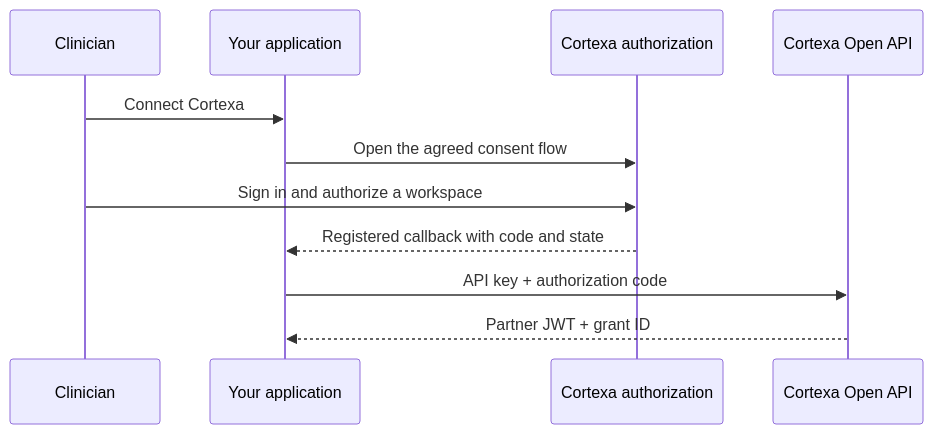
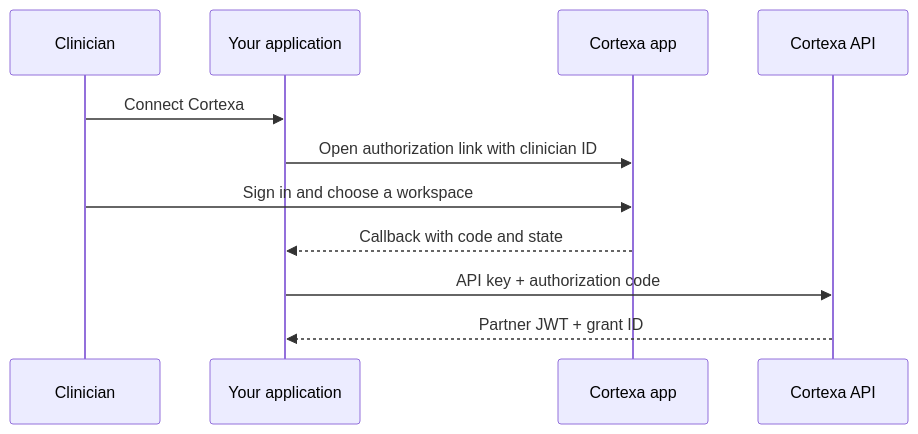
Before and after one commit to Cortexa-AI/cortexa-developers: the diagram in integration-flow.mdx, drawn with Mermaid. The commit also changed other lines of this file and 32 other files, not shown here.

````diff
--- a/integration-flow.mdx
+++ b/integration-flow.mdx
@@ -25,13 +11,13 @@
 ```mermaid
 sequenceDiagram
     participant C as Clinician
     participant E as Your application
-    participant A as Cortexa authorization
-    participant S as Cortexa Open API
+    participant A as Cortexa app
+    participant S as Cortexa API
     C->>E: Connect Cortexa
-    E->>A: Open the agreed consent flow
-    C->>A: Sign in and authorize a workspace
-    A-->>E: Registered callback with code and state
+    E->>A: Open authorization link with clinician ID
+    C->>A: Sign in and choose a workspace
+    A-->>E: Callback with code and state
     E->>S: API key + authorization code
     S-->>E: Partner JWT + grant ID
 ```
````
